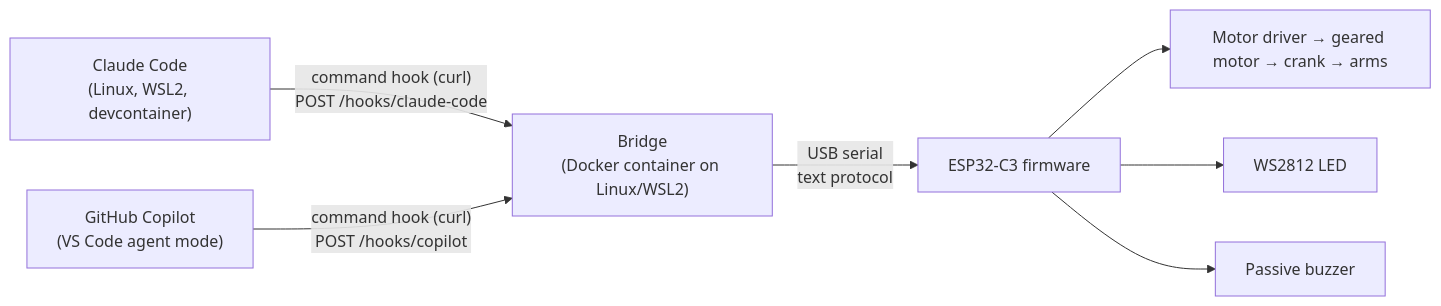
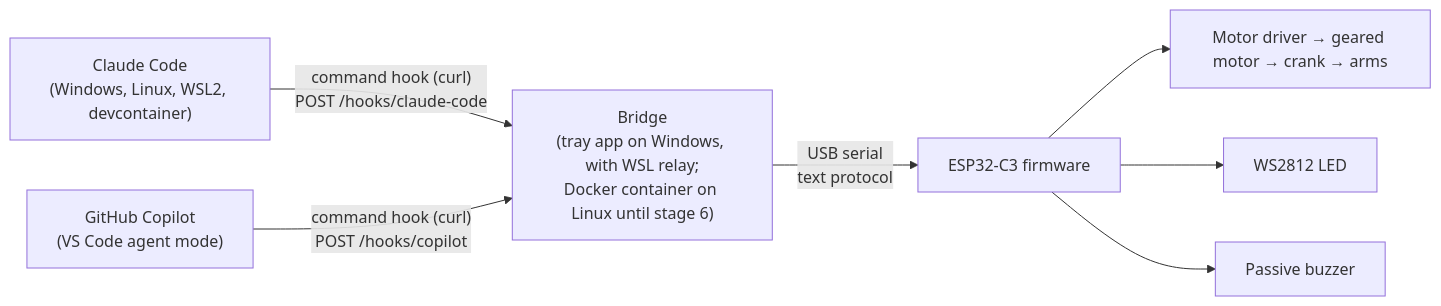
One commit to gravity981/agent-cody changed the diagram in spec/architecture.md. Above: the diagram before and after it, drawn with Mermaid. The commit also changed other lines of this file and 5 other files, not shown here.

````diff
--- a/spec/architecture.md
+++ b/spec/architecture.md
@@ -9,9 +9,9 @@
 ```mermaid
 flowchart LR
-    CC["Claude Code<br/>(Linux, WSL2, devcontainer)"] -->|"command hook (curl)<br/>POST /hooks/claude-code"| BR
+    CC["Claude Code<br/>(Windows, Linux, WSL2, devcontainer)"] -->|"command hook (curl)<br/>POST /hooks/claude-code"| BR
     CP["GitHub Copilot<br/>(VS Code agent mode)"] -->|"command hook (curl)<br/>POST /hooks/copilot"| BR
-    BR["Bridge<br/>(Docker container on Linux/WSL2)"] -->|"USB serial<br/>text protocol"| FW
+    BR["Bridge<br/>(tray app on Windows, with WSL relay;<br/>Docker container on Linux until stage 6)"] -->|"USB serial<br/>text protocol"| FW
     FW["ESP32-C3 firmware"] --> MD["Motor driver → geared motor → crank → arms"]
     FW --> LED["WS2812 LED"]
     FW --> BZ["Passive buzzer"]
 ```
````
